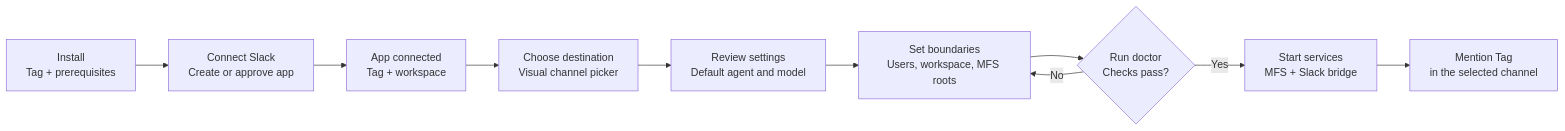
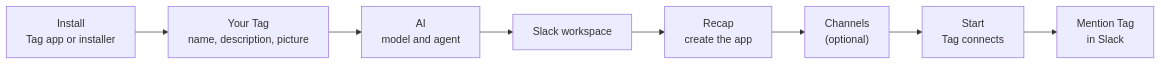
One commit to klovr-co/hover-tag changed the second of 16 diagrams in docs/user-flows.md. Above: the diagram before and after it, drawn with Mermaid. The commit also changed other lines of this file and 48 other files, not shown here.

````diff
--- a/docs/user-flows.md
+++ b/docs/user-flows.md
@@ -119,16 +97,13 @@
 ```mermaid
 flowchart LR
-    Install["Install<br/>Tag + prerequisites"]
-    Slack["Connect Slack<br/>Create or approve app"]
-    Connected["App connected<br/>Tag + workspace"]
-    Channel["Choose destination<br/>Visual channel picker"]
-    Agent["Review settings<br/>Default agent and model"]
-    Guardrails["Set boundaries<br/>Users, workspace, MFS roots"]
-    Doctor{"Run doctor<br/>Checks pass?"}
-    Start["Start services<br/>MFS + Slack bridge"]
-    Test["Mention Tag<br/>in the selected channel"]
+    Install["Install<br/>Tag app or installer"]
+    Name["Your Tag<br/>name, description, picture"]
+    AI["AI<br/>model and agent"]
+    Workspace["Slack workspace"]
+    Create["Recap<br/>create the app"]
+    Channels["Channels<br/>(optional)"]
+    Start["Start<br/>Tag connects"]
+    Test["Mention Tag<br/>in Slack"]
 
-    Install --> Slack --> Connected --> Channel --> Agent --> Guardrails --> Doctor
-    Doctor -->|No| Guardrails
-    Doctor -->|Yes| Start --> Test
+    Install --> Name --> AI --> Workspace --> Create --> Channels --> Start --> Test
 ```
````
